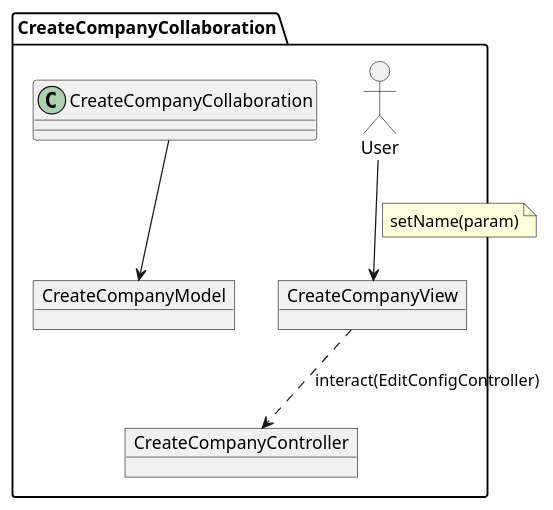
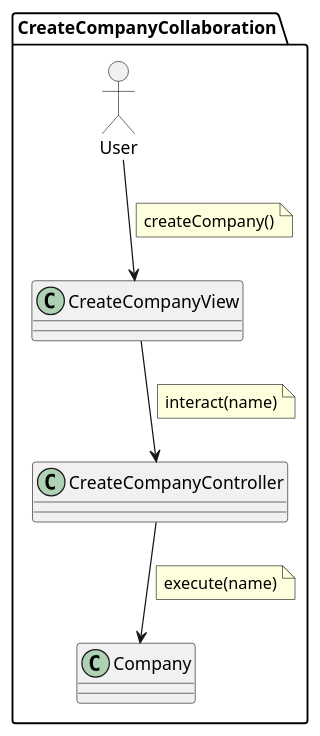
Before and after one commit to jumpering/pestmonitors: the diagram in docs/src/logicView/analysis/collaboration/createCompany.puml, drawn with PlantUML. The commit also changed 2 other files, not shown here.

```diff
--- a/docs/src/logicView/analysis/collaboration/createCompany.puml
+++ b/docs/src/logicView/analysis/collaboration/createCompany.puml
@@ -1,22 +1,19 @@
 @startuml
-'title EditConfigCollaborationDiagram
-namespace CreateCompanyCollaboration{
 allow_mixing
 ' left to right direction
-
+namespace CreateCompanyCollaboration{
 actor User
-
-object CreateCompanyView
-object CreateCompanyController
-object CreateCompanyModel
-
 User --> CreateCompanyView
-note on link
-    setName(param)
-end note
-CreateCompanyView ..> CreateCompanyController : interact(EditConfigController)
-
-CreateCompanyCollaboration --> CreateCompanyModel
-
+    note on link
+        createCompany()
+    end note
+CreateCompanyView --> CreateCompanyController
+    note on link
+        interact(name)
+    end note
+CreateCompanyController --> Company
+    note on link
+        execute(name)
+    end note
 }
 @enduml
```
